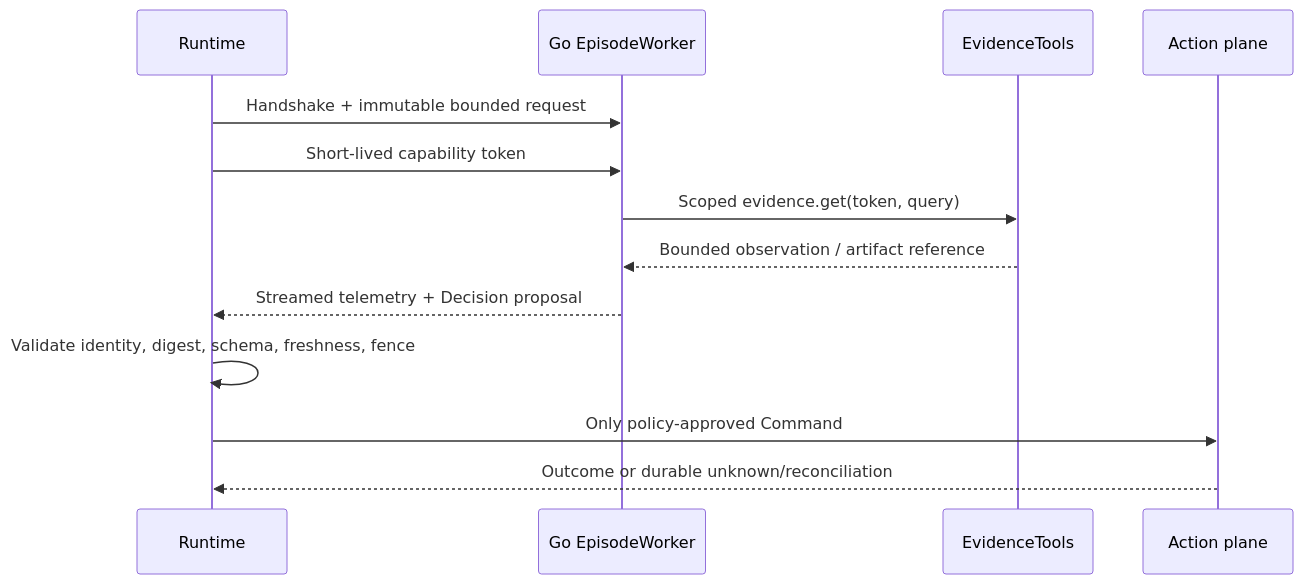
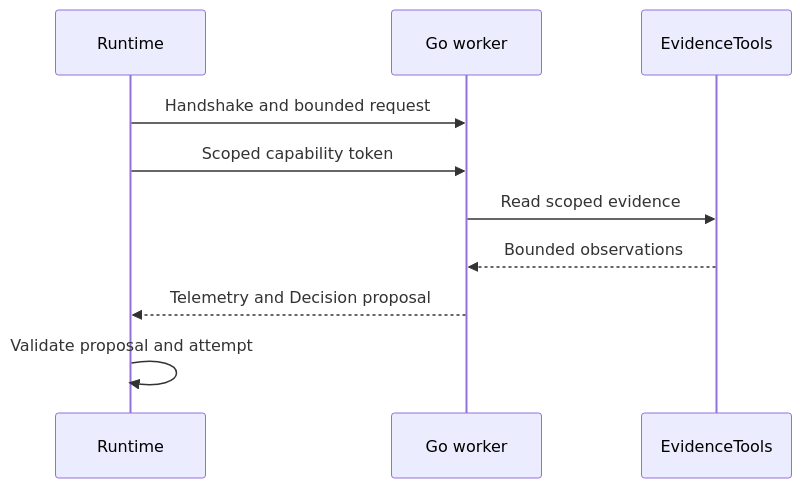
The diagram in documentation/architecture/worker-boundary.md (ghassan-ai-projects/agentic-stream), drawn with Mermaid before and after one commit. The commit also changed other lines of this file and 37 other files, not shown here.

Commit message:
docs: simplify diagrams and verify the learning and runtime guides

````diff
--- a/documentation/architecture/worker-boundary.md
+++ b/documentation/architecture/worker-boundary.md
@@ -40,15 +42,12 @@
 ```mermaid
 sequenceDiagram
     participant R as Runtime
-    participant W as Go EpisodeWorker
+    participant W as Go worker
     participant E as EvidenceTools
-    participant A as Action plane
-    R->>W: Handshake + immutable bounded request
-    R->>W: Short-lived capability token
-    W->>E: Scoped evidence.get(token, query)
-    E-->>W: Bounded observation / artifact reference
-    W-->>R: Streamed telemetry + Decision proposal
-    R->>R: Validate identity, digest, schema, freshness, fence
-    R->>A: Only policy-approved Command
-    A-->>R: Outcome or durable unknown/reconciliation
+    R->>W: Handshake and bounded request
+    R->>W: Scoped capability token
+    W->>E: Read scoped evidence
+    E-->>W: Bounded observations
+    W-->>R: Telemetry and Decision proposal
+    R->>R: Validate proposal and attempt
 ```
````
